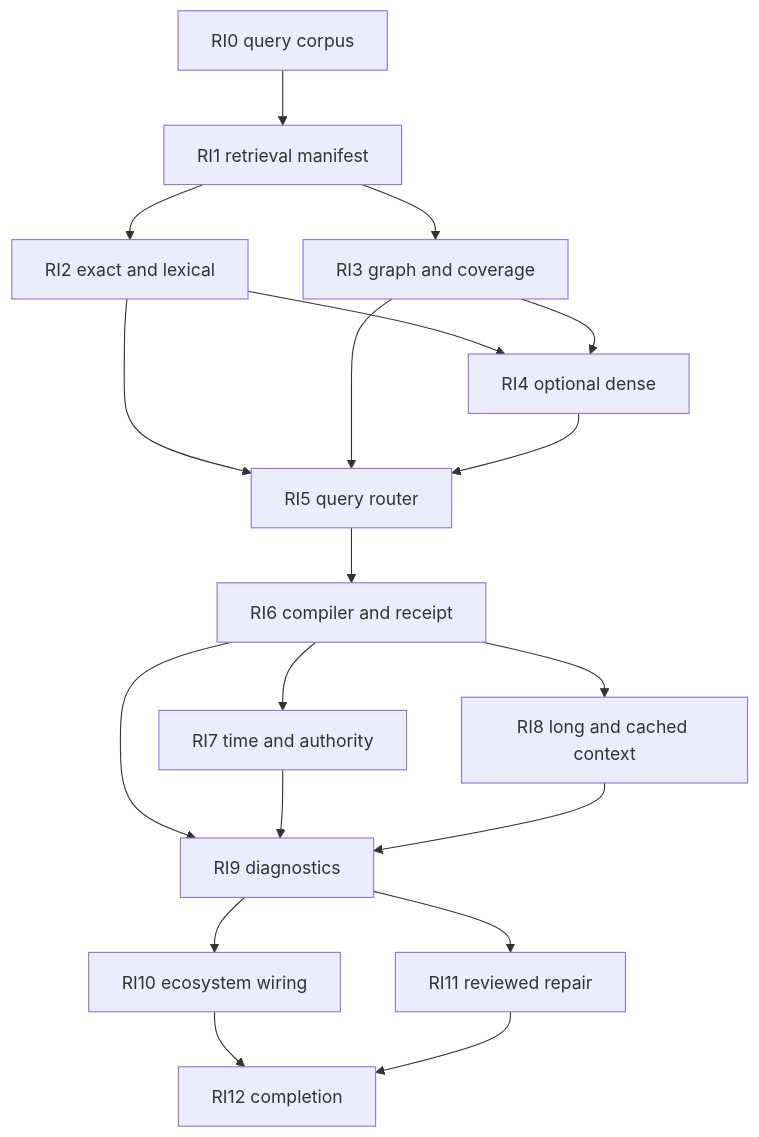
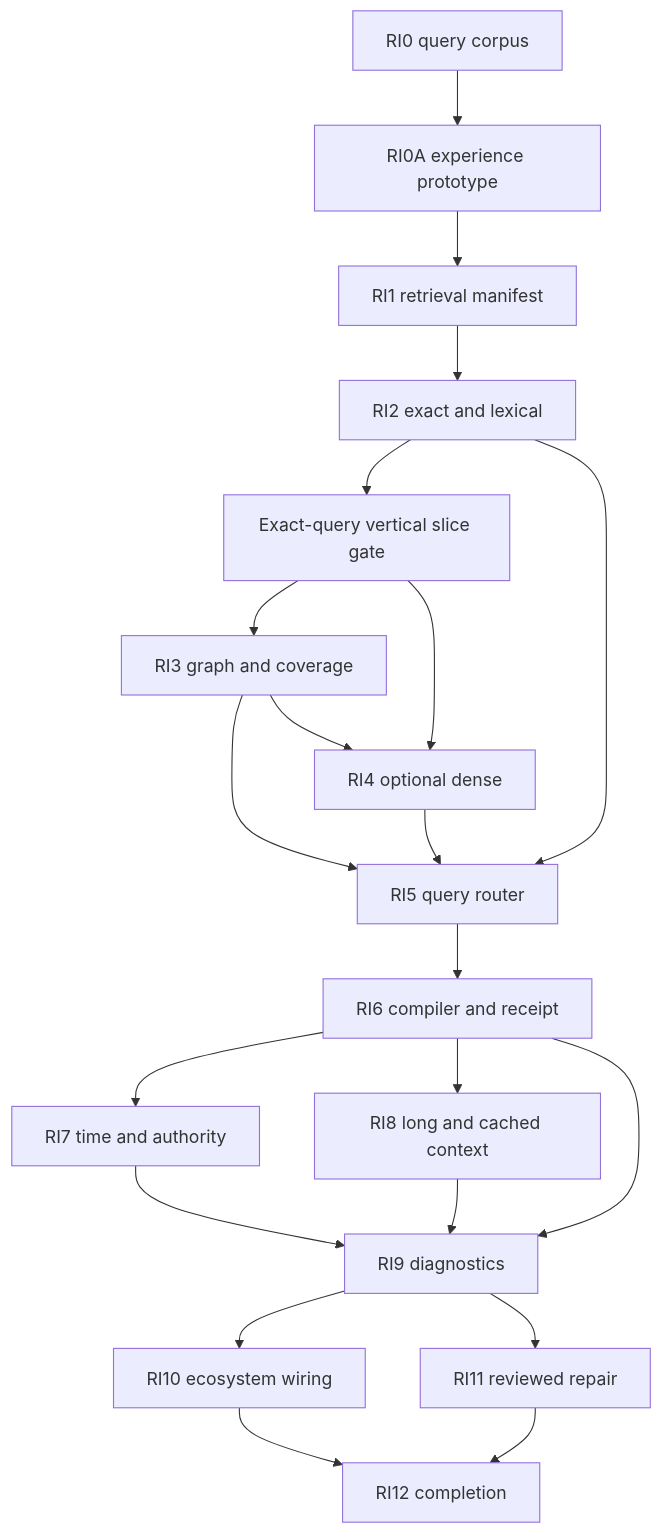
One commit to saschb2b/okf-studio changed the diagram in docs/product/retrieval-intelligence/retrieval-intelligence-roadmap.md. Above: the diagram before and after it, drawn with Mermaid. The commit also changed other lines of this file and 5 other files, not shown here.

First line of the commit message:
docs: gate retrieval work on experience contracts

````diff
--- a/docs/product/retrieval-intelligence/retrieval-intelligence-roadmap.md
+++ b/docs/product/retrieval-intelligence/retrieval-intelligence-roadmap.md
@@ -238,21 +281,23 @@
 ```mermaid
 flowchart TD
-  RI0[RI0 query corpus] --> RI1[RI1 retrieval manifest]
+  RI0[RI0 query corpus] --> RI0A[RI0A experience prototype]
+  RI0A --> RI1[RI1 retrieval manifest]
   RI1 --> RI2[RI2 exact and lexical]
-  RI1 --> RI3[RI3 graph and coverage]
+  RI2 --> Slice[Exact-query vertical slice gate]
+  Slice --> RI3[RI3 graph and coverage]
   RI2 --> RI5[RI5 query router]
   RI3 --> RI5
-  RI2 --> RI4[RI4 optional dense]
+  Slice --> RI4[RI4 optional dense]
   RI3 --> RI4
   RI4 --> RI5
   RI5 --> RI6[RI6 compiler and receipt]
   RI6 --> RI7[RI7 time and authority]
   RI6 --> RI8[RI8 long and cached context]
   RI6 --> RI9[RI9 diagnostics]
   RI7 --> RI9
   RI8 --> RI9
   RI9 --> RI10[RI10 ecosystem wiring]
   RI9 --> RI11[RI11 reviewed repair]
   RI10 --> RI12[RI12 completion]
   RI11 --> RI12
 ```
````
